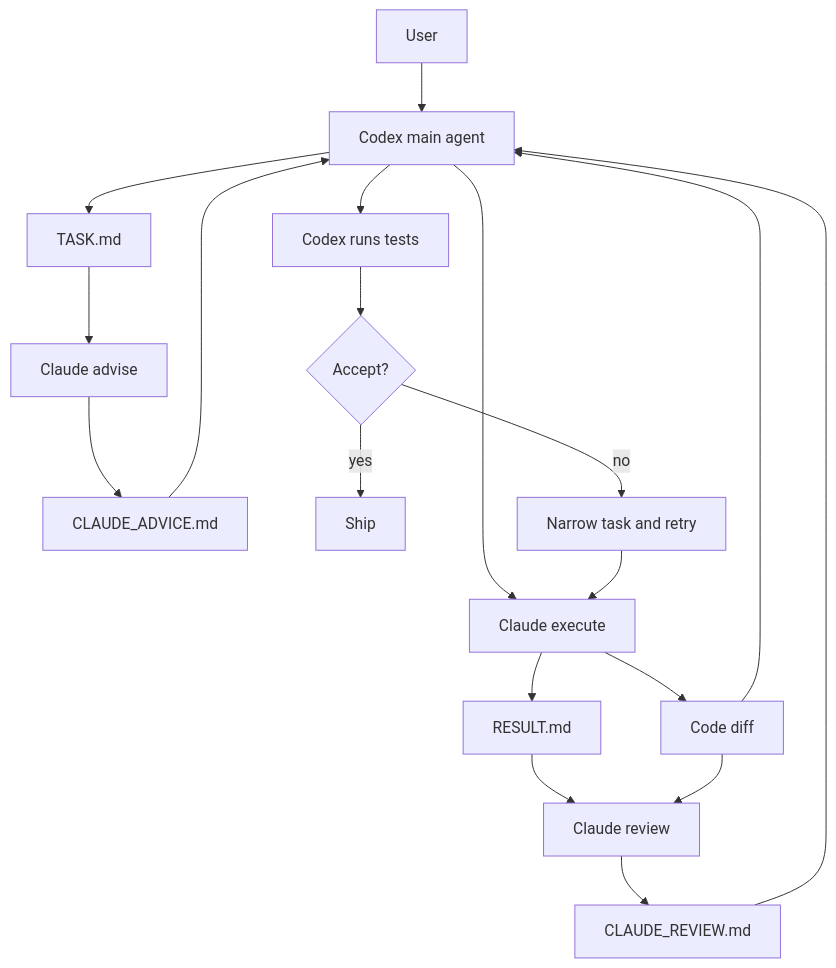
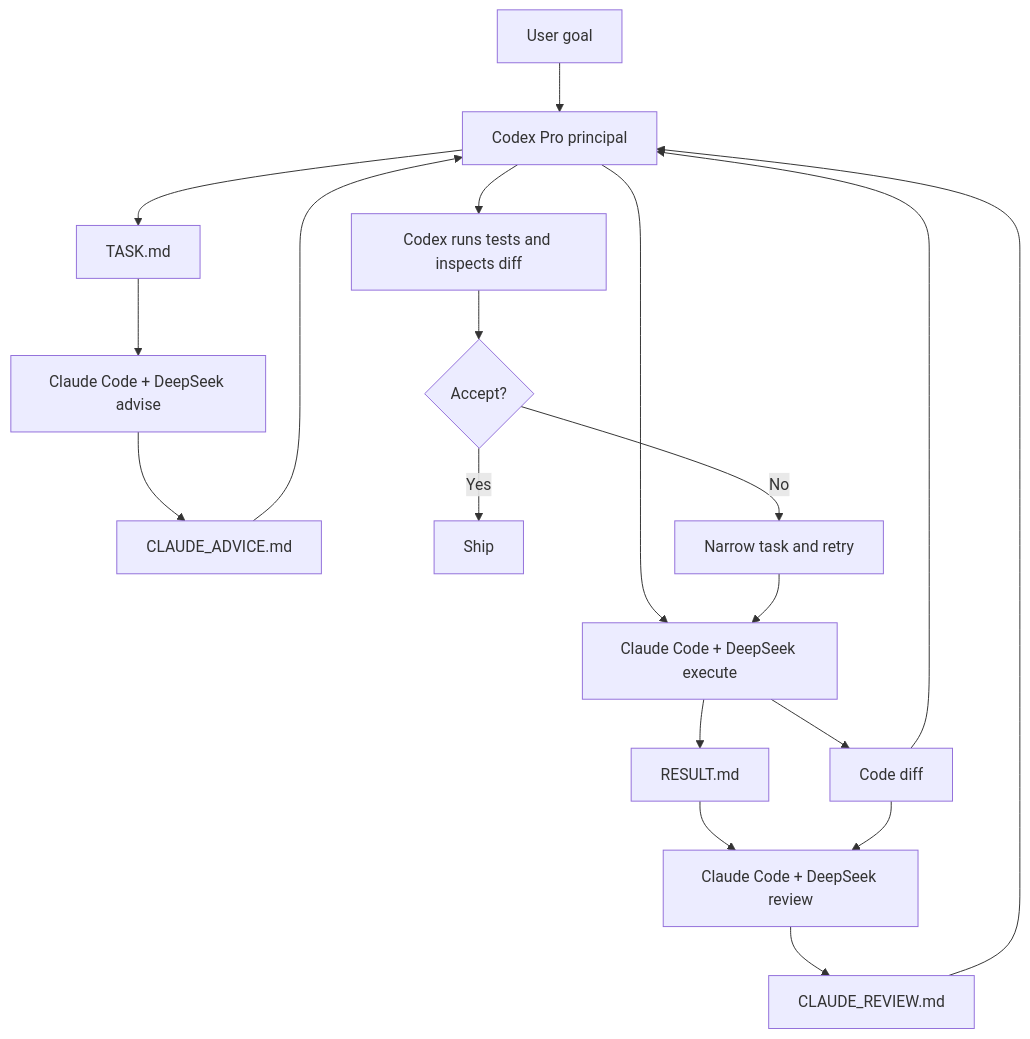
One commit to dengls24/codex-claude-executor-framework changed the first of 3 diagrams in README.md. Above: the diagram before and after it, drawn with Mermaid. The commit also changed other lines of this file, not shown here.

````diff
--- a/README.md
+++ b/README.md
@@ -49,21 +57,21 @@
 ```mermaid
 flowchart TD
-    U[User] --> C[Codex main agent]
+    U[User goal] --> C[Codex Pro principal]
     C --> T[TASK.md]
-    T --> A[Claude advise]
+    T --> A[Claude Code + DeepSeek advise]
     A --> AD[CLAUDE_ADVICE.md]
     AD --> C
-    C --> E[Claude execute]
+    C --> E[Claude Code + DeepSeek execute]
     E --> R[RESULT.md]
     E --> D[Code diff]
-    R --> V[Claude review]
-    D --> V
-    V --> RV[CLAUDE_REVIEW.md]
-    RV --> C
+    R --> RV[Claude Code + DeepSeek review]
+    D --> RV
+    RV --> CR[CLAUDE_REVIEW.md]
+    CR --> C
     D --> C
-    C --> TEST[Codex runs tests]
+    C --> TEST[Codex runs tests and inspects diff]
     TEST --> DECIDE{Accept?}
-    DECIDE -->|yes| DONE[Ship]
-    DECIDE -->|no| T2[Narrow task and retry]
-    T2 --> E
+    DECIDE -->|Yes| DONE[Ship]
+    DECIDE -->|No| RETRY[Narrow task and retry]
+    RETRY --> E
 ```
````
